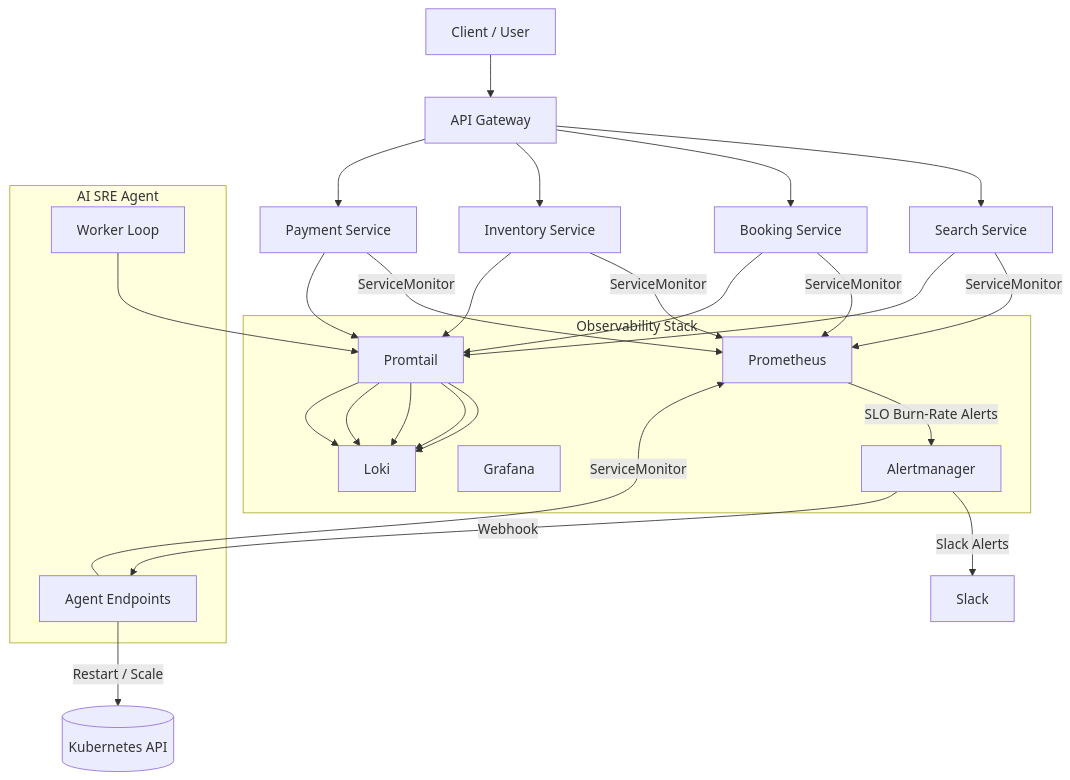
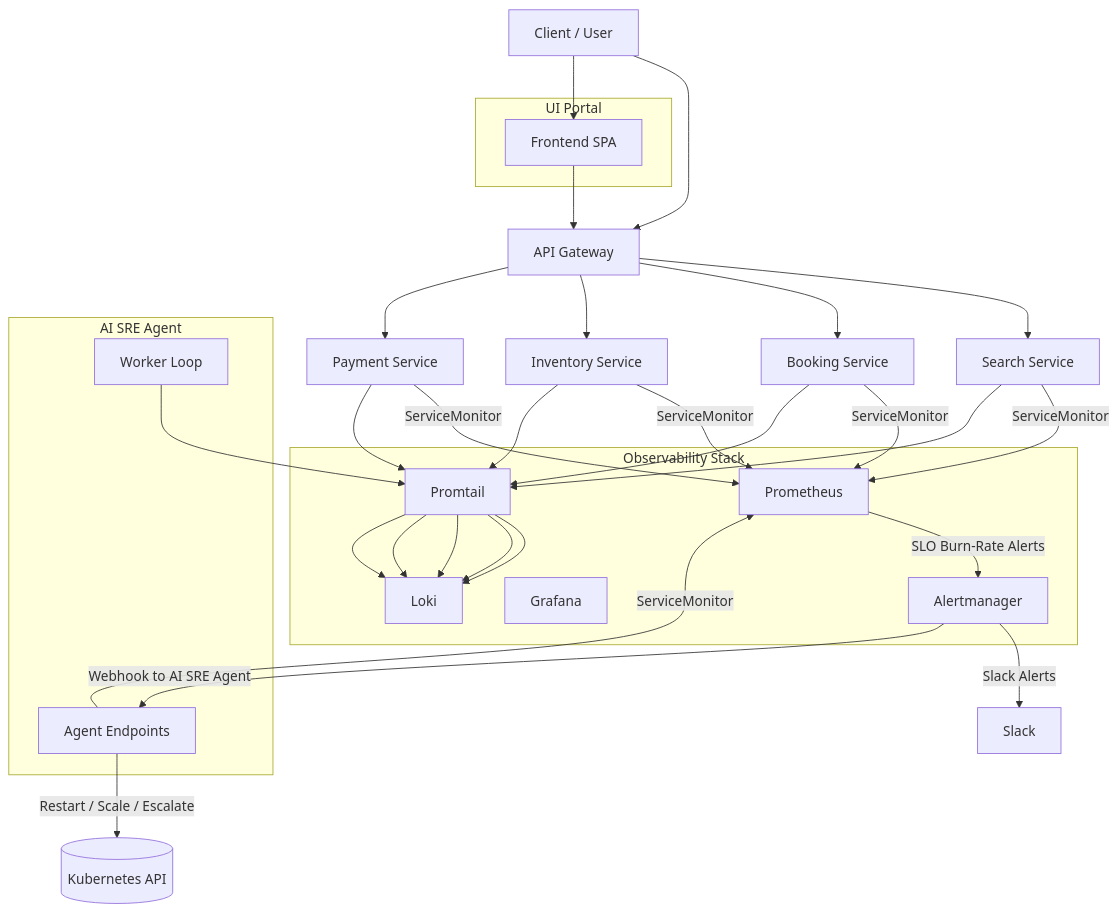
Before and after one commit to Franklindot04/travel-sre-ai-platform: the diagram in README.md, drawn with Mermaid. The commit also changed other lines of this file, not shown here.

````diff
--- a/README.md
+++ b/README.md
@@ -32,40 +35,47 @@
 ```mermaid
 flowchart TD
-A[Client / User] --> B[API Gateway]
+A[Client / User] --> G[API Gateway]
 
-B --> S1[Search Service]
-B --> B1[Booking Service]
-B --> I1[Inventory Service]
-B --> P1[Payment Service]
+G --> S1[Search Service]
+G --> B1[Booking Service]
+G --> I1[Inventory Service]
+G --> P1[Payment Service]
+
+subgraph UI[UI Portal]
+U1[Frontend SPA]
+end
+
+A --> U1
+U1 --> G
 
 subgraph SRE[AI SRE Agent]
 W1[Worker Loop]
 W2[Agent Endpoints]
 end
 
 subgraph OBS[Observability Stack]
 P[Prometheus]
 AM[Alertmanager]
-G[Grafana]
+GRA[Grafana]
 L[Loki]
 PT[Promtail]
 end
 
 S1 -->|ServiceMonitor| P
 B1 -->|ServiceMonitor| P
 I1 -->|ServiceMonitor| P
 P1 -->|ServiceMonitor| P
 W2 -->|ServiceMonitor| P
 
 S1 --> PT --> L
 B1 --> PT --> L
 I1 --> PT --> L
 P1 --> PT --> L
 W1 --> PT --> L
 
 P -->|SLO Burn‑Rate Alerts| AM
 AM -->|Slack Alerts| SL[Slack]
-AM -->|Webhook| W2
+AM -->|Webhook to AI SRE Agent| W2
 
-W2 -->|Restart / Scale| K8S[(Kubernetes API)]
+W2 -->|Restart / Scale / Escalate| K8S[(Kubernetes API)]
 ```
````
